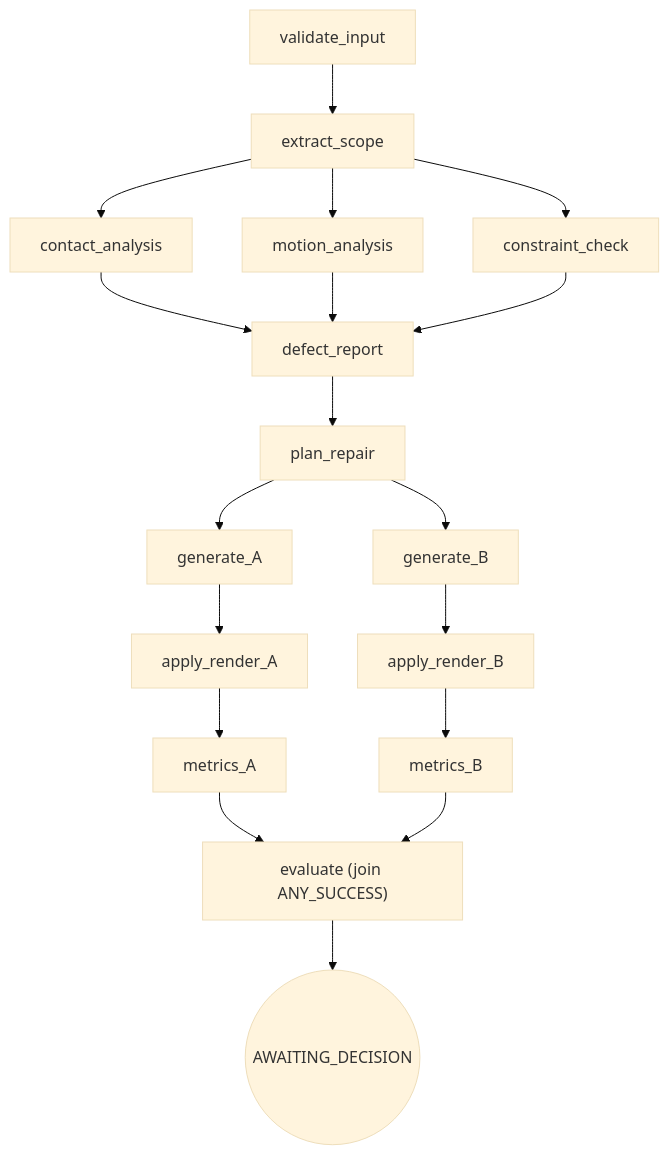
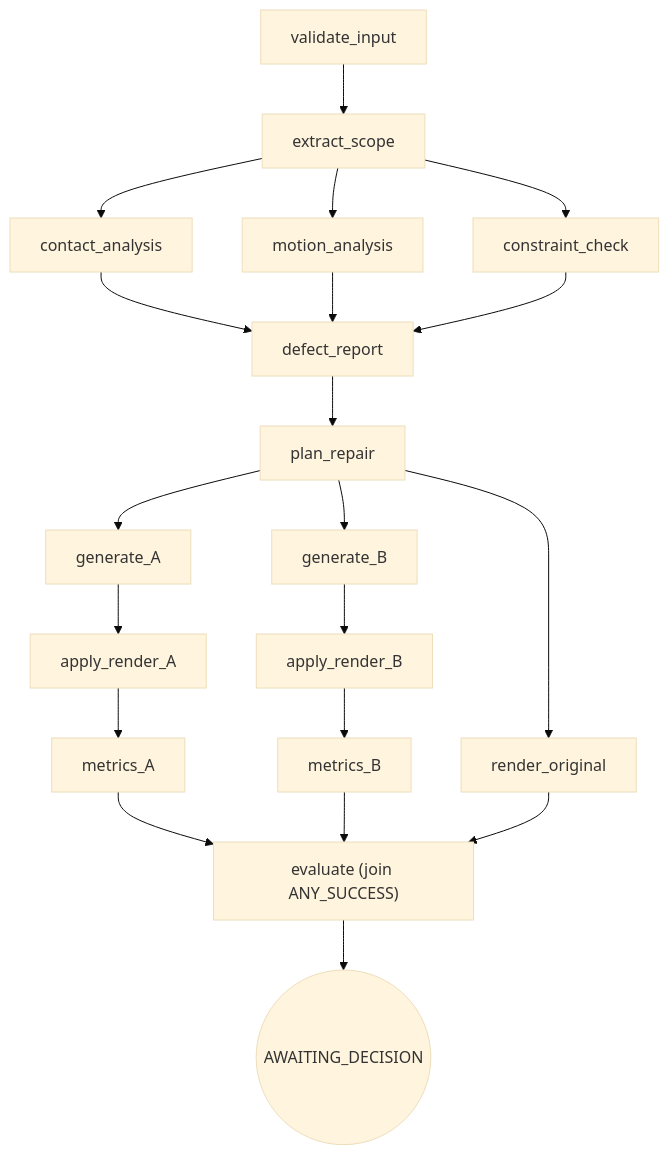
One commit to RicardoBezi/Kinesis changed the third of 3 diagrams in docs/ARCHITECTURE.md. Above: the diagram before and after it, drawn with Mermaid (base theme). The commit also changed other lines of this file and 4 other files, not shown here.

Commit message:
docs: Phase 3 summary; DAG with render_original; API and testing status

````diff
--- a/docs/ARCHITECTURE.md
+++ b/docs/ARCHITECTURE.md
@@ -110,16 +110,18 @@
 ```mermaid
 flowchart TD
   V[validate_input] --> X[extract_scope]
   X --> CA[contact_analysis]
   X --> MA[motion_analysis]
   X --> CV[constraint_check]
   CA --> D[defect_report]
   MA --> D
   CV --> D
   D --> P[plan_repair]
   P --> GA[generate_A] --> RA[apply_render_A] --> MA2[metrics_A]
   P --> GB[generate_B] --> RB[apply_render_B] --> MB[metrics_B]
+  P --> RO[render_original]
   MA2 --> E["evaluate (join ANY_SUCCESS)"]
   MB --> E
+  RO --> E
   E --> R((AWAITING_DECISION))
 ```
````
